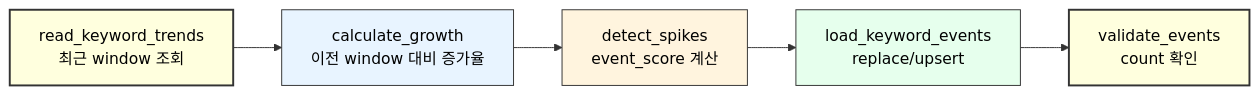
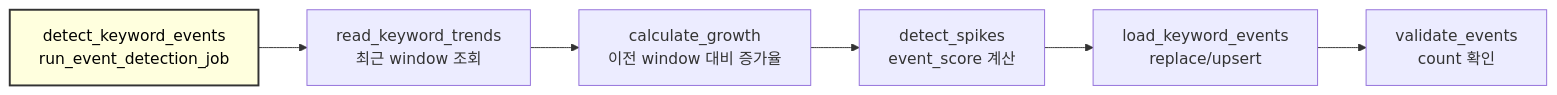
One commit to yeongmin-yu/news-trend-pipeline-dev changed the sixth of 6 diagrams in docs/develop/Q3_AIRFLOW_DAG.md. Above: the diagram before and after it, drawn with Mermaid. The commit also changed other lines of this file, not shown here.

````diff
--- a/docs/develop/Q3_AIRFLOW_DAG.md
+++ b/docs/develop/Q3_AIRFLOW_DAG.md
@@ -501,13 +526,10 @@
 ```mermaid
 flowchart LR
+    AA["detect_keyword_events<br/>run_event_detection_job"] --> A["read_keyword_trends<br/>최근 window 조회"]
     A["read_keyword_trends<br/>최근 window 조회"] --> B["calculate_growth<br/>이전 window 대비 증가율"]
     B --> C["detect_spikes<br/>event_score 계산"]
     C --> D["load_keyword_events<br/>replace/upsert"]
     D --> E["validate_events<br/>count 확인"]
 
-    style A fill:#ffffde,stroke:#333,stroke-width:2px,color:black
-    style B fill:#e8f4ff,stroke:#333,stroke-width:1px,color:black
-    style C fill:#fff4de,stroke:#333,stroke-width:1px,color:black
-    style D fill:#e6ffed,stroke:#333,stroke-width:1px,color:black
-    style E fill:#ffffde,stroke:#333,stroke-width:2px,color:black
+    style AA fill:#ffffde,stroke:#333,stroke-width:2px,color:black
 ```
````
